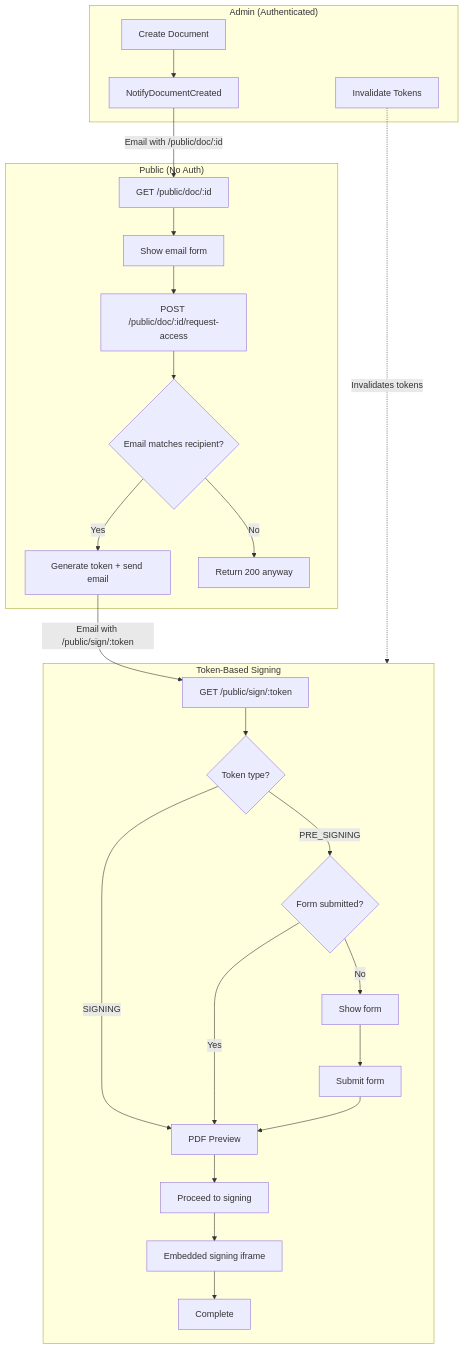
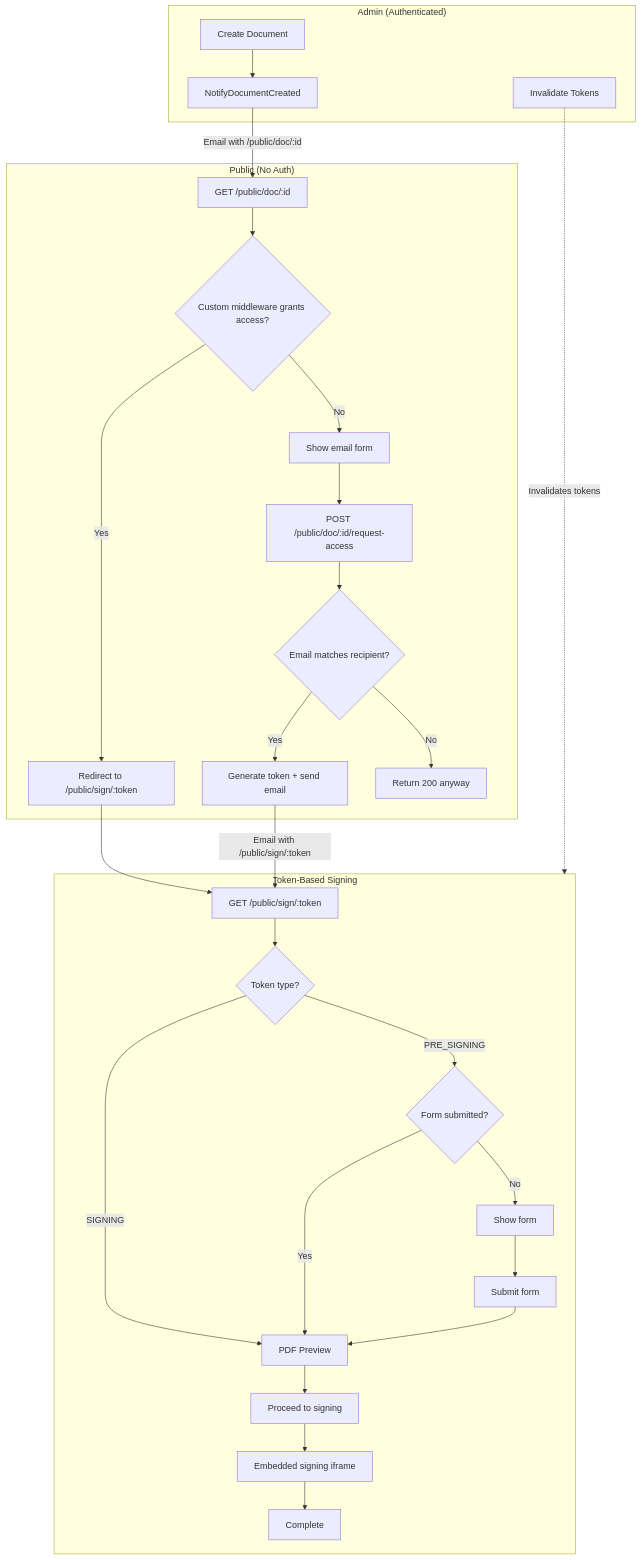
The first of 7 diagrams in core/docs/public-signing-flow.md (rendis/doc-assembly), drawn with Mermaid before and after one commit. The commit also changed other lines of this file and 58 other files, not shown here.

````diff
--- a/core/docs/public-signing-flow.md
+++ b/core/docs/public-signing-flow.md
@@ -46,32 +48,35 @@
 ```mermaid
 flowchart TB
     subgraph Admin["Admin (Authenticated)"]
         A1[Create Document] --> A2[NotifyDocumentCreated]
         A3[Invalidate Tokens]
     end
 
     subgraph Public["Public (No Auth)"]
-        B1[GET /public/doc/:id] --> B2[Show email form]
+        B1[GET /public/doc/:id] --> B1a{Custom middleware grants access?}
+        B1a -->|Yes| B1b[Redirect to /public/sign/:token]
+        B1a -->|No| B2[Show email form]
         B2 --> B3[POST /public/doc/:id/request-access]
         B3 --> B4{Email matches recipient?}
         B4 -->|Yes| B5[Generate token + send email]
         B4 -->|No| B6[Return 200 anyway]
     end
 
     subgraph Signing["Token-Based Signing"]
         C1[GET /public/sign/:token] --> C2{Token type?}
         C2 -->|SIGNING| C3[PDF Preview]
         C2 -->|PRE_SIGNING| C4{Form submitted?}
         C4 -->|No| C5[Show form]
         C4 -->|Yes| C3
         C5 --> C6[Submit form]
         C6 --> C3
         C3 --> C7[Proceed to signing]
         C7 --> C8[Embedded signing iframe]
         C8 --> C9[Complete]
     end
 
     A2 -->|Email with /public/doc/:id| B1
+    B1b --> C1
     B5 -->|Email with /public/sign/:token| C1
     A3 -.->|Invalidates tokens| Signing
 ```
````
